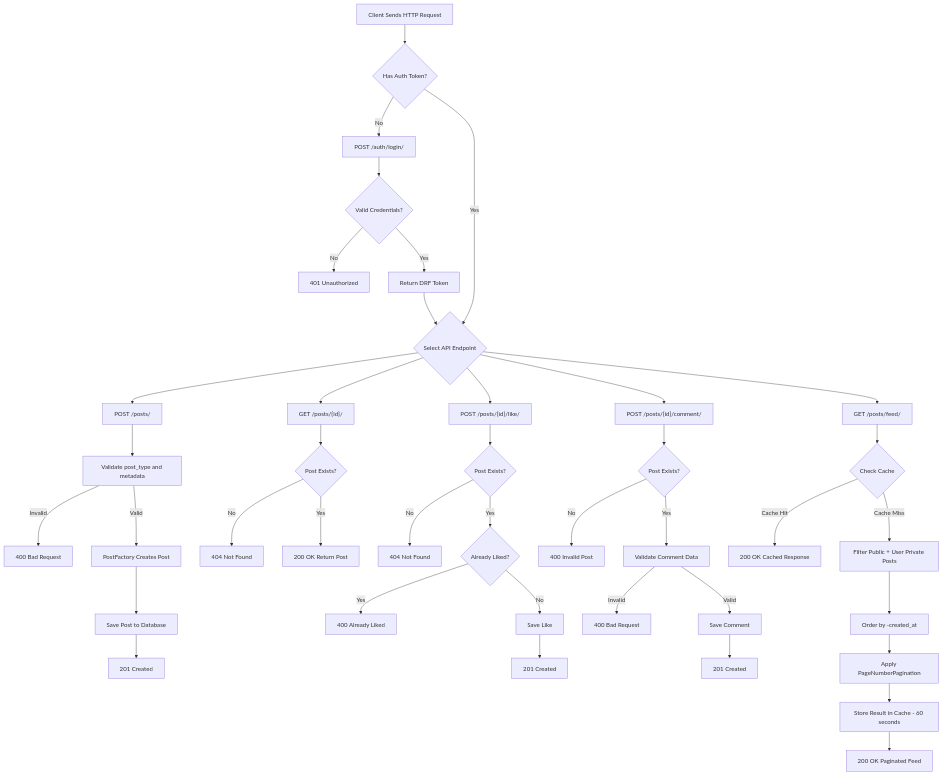
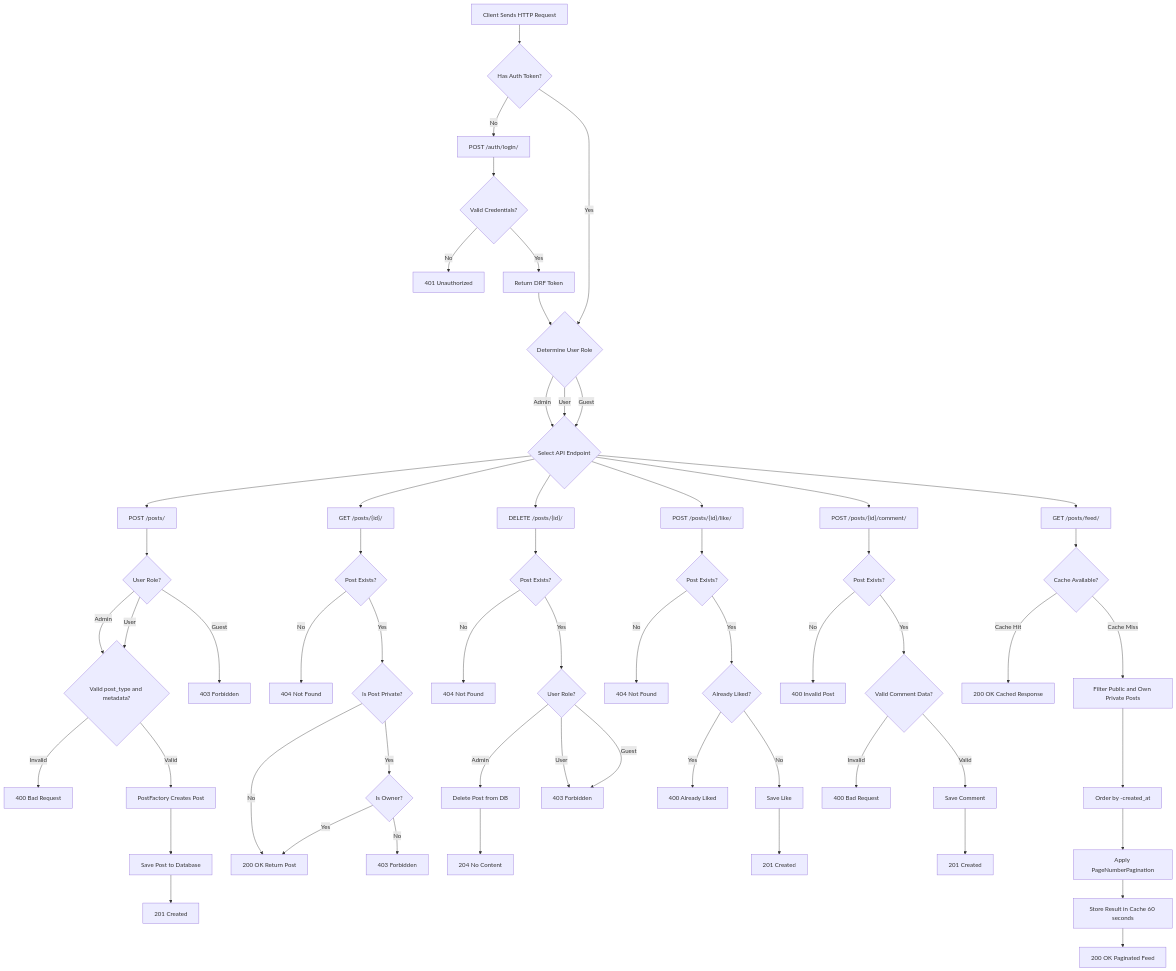
One commit to Mihoqr/connectly-rest-api changed the second of 6 diagrams in README.md. Above: the diagram before and after it, drawn with Mermaid.

Commit message:
Update CRUD Operations Flow Diagram

````diff
--- a/README.md
+++ b/README.md
@@ -263,13 +263,25 @@
     VALID -->|No| ERR401["401 Unauthorized"]
     VALID -->|Yes| TOKEN["Return DRF Token"]
 
-    AUTH -->|Yes| ACTION
-    TOKEN --> ACTION{Select API Endpoint}
+    AUTH -->|Yes| ROLECHECK
+    TOKEN --> ROLECHECK{Determine User Role}
+
+    ROLECHECK -->|Admin| ACTION
+    ROLECHECK -->|User| ACTION
+    ROLECHECK -->|Guest| ACTION
+
+    ACTION{Select API Endpoint}
 
     %% ================= CREATE POST =================
 
     ACTION --> CP["POST /posts/"]
-    CP --> CPV[Validate post_type and metadata]
+    CP --> ROLECREATE{User Role?}
+
+    ROLECREATE -->|Admin| CPV
+    ROLECREATE -->|User| CPV
+    ROLECREATE -->|Guest| ERR403A["403 Forbidden"]
+
+    CPV{Valid post_type and metadata?}
     CPV -->|Invalid| ERR400A["400 Bad Request"]
     CPV -->|Valid| FACTORY[PostFactory Creates Post]
     FACTORY --> SAVEPOST[Save Post to Database]
@@ -280,14 +292,34 @@
     ACTION --> GP["GET /posts/{id}/"]
     GP --> GPC{Post Exists?}
     GPC -->|No| ERR404A["404 Not Found"]
-    GPC -->|Yes| SUCCESSPOST["200 OK Return Post"]
+    GPC -->|Yes| PRIV{Is Post Private?}
+
+    PRIV -->|No| SUCCESSPOST["200 OK Return Post"]
+    PRIV -->|Yes| OWNER{Is Owner?}
+    OWNER -->|Yes| SUCCESSPOST
+    OWNER -->|No| ERR403B["403 Forbidden"]
+
+    %% ================= DELETE POST =================
+
+    ACTION --> DP["DELETE /posts/{id}/"]
+    DP --> DPE{Post Exists?}
+    DPE -->|No| ERR404B["404 Not Found"]
+    DPE -->|Yes| ROLEDELETE{User Role?}
+
+    ROLEDELETE -->|Admin| DELETEPOST
+    ROLEDELETE -->|User| ERR403C["403 Forbidden"]
+    ROLEDELETE -->|Guest| ERR403C
+
+    DELETEPOST[Delete Post from DB]
+    DELETEPOST --> RES204["204 No Content"]
 
     %% ================= LIKE POST =================
 
     ACTION --> LP["POST /posts/{id}/like/"]
     LP --> LPC{Post Exists?}
-    LPC -->|No| ERR404B["404 Not Found"]
+    LPC -->|No| ERR404C["404 Not Found"]
     LPC -->|Yes| DUP{Already Liked?}
+
     DUP -->|Yes| ERR400B["400 Already Liked"]
     DUP -->|No| SAVELIKE[Save Like]
     SAVELIKE --> RES201B["201 Created"]
@@ -297,7 +329,8 @@
     ACTION --> CM["POST /posts/{id}/comment/"]
     CM --> CMC{Post Exists?}
     CMC -->|No| ERR400C["400 Invalid Post"]
-    CMC -->|Yes| VALIDC[Validate Comment Data]
+    CMC -->|Yes| VALIDC{Valid Comment Data?}
+
     VALIDC -->|Invalid| ERR400D["400 Bad Request"]
     VALIDC -->|Valid| SAVECOM[Save Comment]
     SAVECOM --> RES201C["201 Created"]
@@ -305,14 +338,13 @@
     %% ================= FEED WITH PAGINATION + CACHING =================
 
     ACTION --> FEED["GET /posts/feed/"]
-
-    FEED --> CACHECHECK{Check Cache}
+    FEED --> CACHECHECK{Cache Available?}
 
     CACHECHECK -->|Cache Hit| RETURN200["200 OK Cached Response"]
 
-    CACHECHECK -->|Cache Miss| FILTER[Filter Public + User Private Posts]
+    CACHECHECK -->|Cache Miss| FILTER[Filter Public and Own Private Posts]
     FILTER --> SORT[Order by -created_at]
     SORT --> PAGINATE[Apply PageNumberPagination]
-    PAGINATE --> CACHESET[Store Result in Cache - 60 seconds]
+    PAGINATE --> CACHESET[Store Result in Cache 60 seconds]
     CACHESET --> RETURN200F["200 OK Paginated Feed"]
 ```
````
